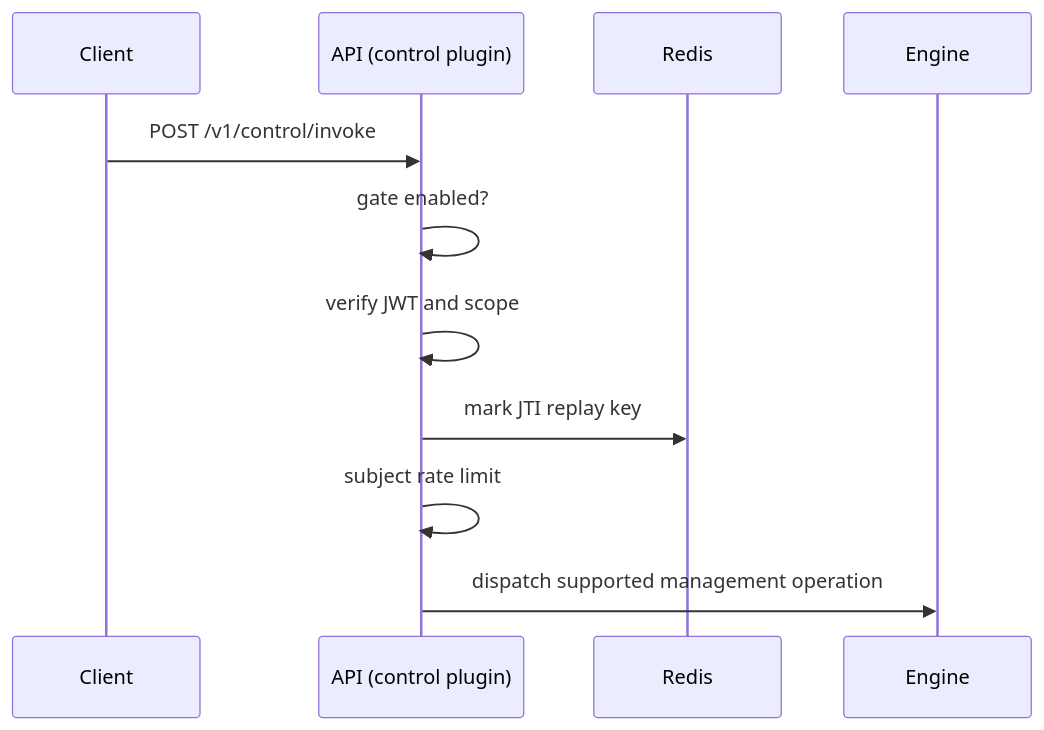
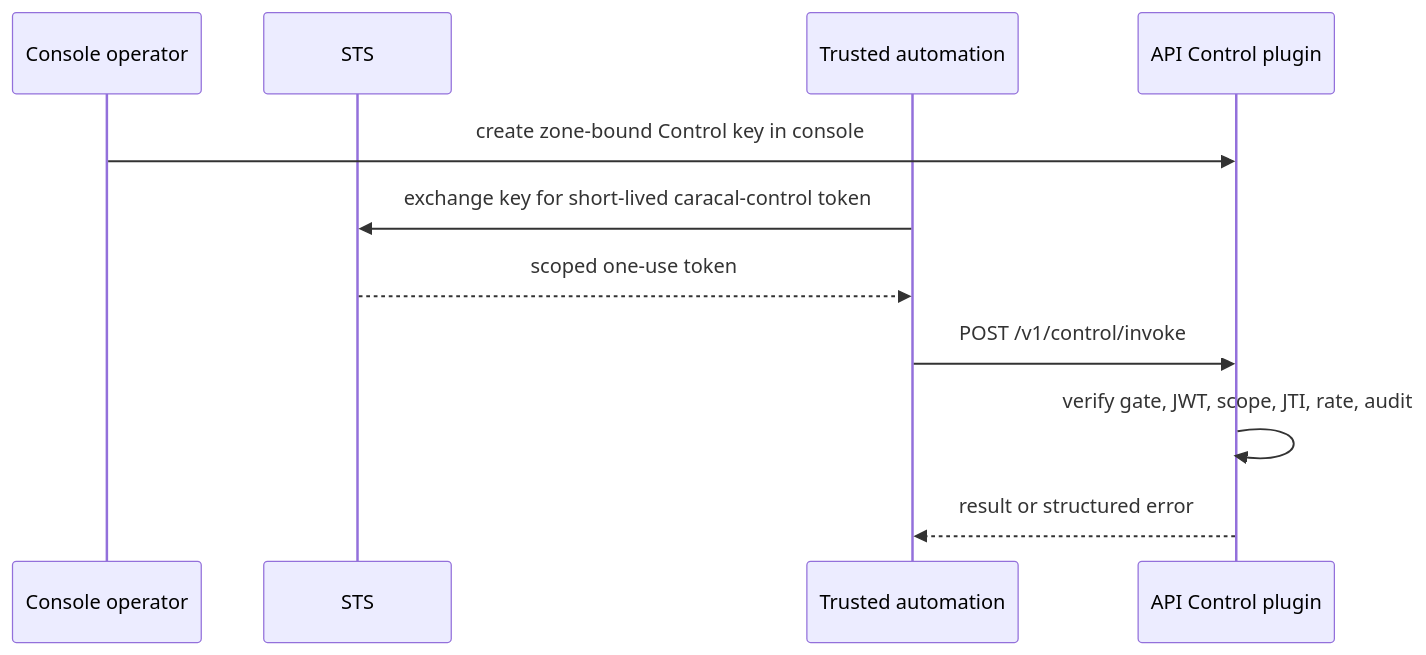
One commit to Garudex-Labs/caracal changed the diagram in docs/src/content/docs/services/control.mdx. Above: the diagram before and after it, drawn with Mermaid. The commit also changed other lines of this file and 7 other files, not shown here.

````diff
--- a/docs/src/content/docs/services/control.mdx
+++ b/docs/src/content/docs/services/control.mdx
@@ -28,13 +29,13 @@
 ```mermaid
 sequenceDiagram
-  participant Client
-  participant API as API (control plugin)
-  participant Redis
-  participant Engine
-  Client->>API: POST /v1/control/invoke
-  API->>API: gate enabled?
-  API->>API: verify JWT and scope
-  API->>Redis: mark JTI replay key
-  API->>API: subject rate limit
-  API->>Engine: dispatch supported management operation
+  participant Operator as Console operator
+  participant STS
+  participant Client as Trusted automation
+  participant Control as API Control plugin
+  Operator->>Control: create zone-bound Control key in console
+  Client->>STS: exchange key for short-lived caracal-control token
+  STS-->>Client: scoped one-use token
+  Client->>Control: POST /v1/control/invoke
+  Control->>Control: verify gate, JWT, scope, JTI, rate, audit
+  Control-->>Client: result or structured error
 ```
````
